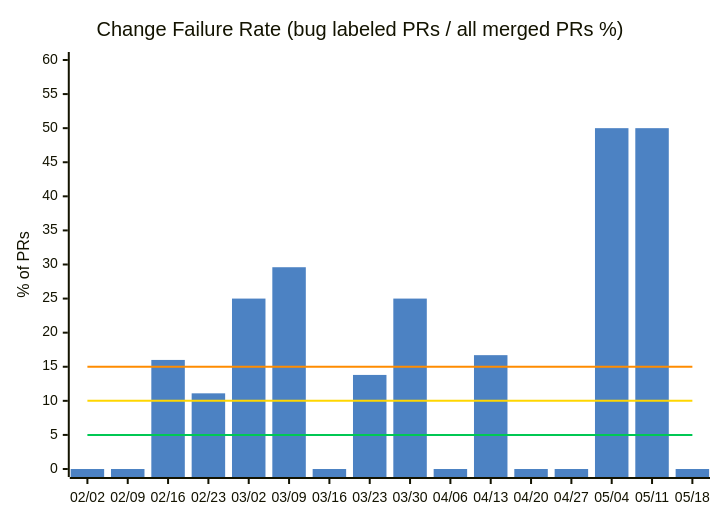
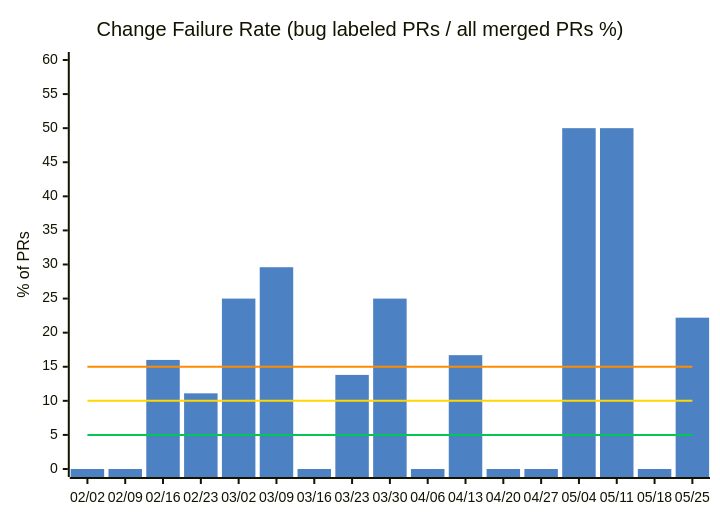
Before and after one commit to nablarch/nabledge-dev: the third of 14 diagrams in docs/metrics.md, drawn with Mermaid. The commit also changed other lines of this file and 2 other files, not shown here.

````diff
--- a/docs/metrics.md
+++ b/docs/metrics.md
@@ -61,11 +61,11 @@
 ```mermaid
 %%{init: {'theme': 'base', 'themeVariables': {'xyChart': {'plotColorPalette': '#4C82C3,#00C853,#FFD600,#FF8C00'}}}}%%
 xychart-beta
   title "Change Failure Rate (bug labeled PRs / all merged PRs %)"
-  x-axis ["02/02", "02/09", "02/16", "02/23", "03/02", "03/09", "03/16", "03/23", "03/30", "04/06", "04/13", "04/20", "04/27", "05/04", "05/11", "05/18"]
+  x-axis ["02/02", "02/09", "02/16", "02/23", "03/02", "03/09", "03/16", "03/23", "03/30", "04/06", "04/13", "04/20", "04/27", "05/04", "05/11", "05/18", "05/25"]
   y-axis "% of PRs" 0 --> 60
-  bar [0, 0, 16, 11.1, 25, 29.6, 0, 13.8, 25, 0, 16.7, 0, 0, 50, 50, 0]
-  line [5, 5, 5, 5, 5, 5, 5, 5, 5, 5, 5, 5, 5, 5, 5, 5]
-  line [10, 10, 10, 10, 10, 10, 10, 10, 10, 10, 10, 10, 10, 10, 10, 10]
-  line [15, 15, 15, 15, 15, 15, 15, 15, 15, 15, 15, 15, 15, 15, 15, 15]
+  bar [0, 0, 16, 11.1, 25, 29.6, 0, 13.8, 25, 0, 16.7, 0, 0, 50, 50, 0, 22.2]
+  line [5, 5, 5, 5, 5, 5, 5, 5, 5, 5, 5, 5, 5, 5, 5, 5, 5]
+  line [10, 10, 10, 10, 10, 10, 10, 10, 10, 10, 10, 10, 10, 10, 10, 10, 10]
+  line [15, 15, 15, 15, 15, 15, 15, 15, 15, 15, 15, 15, 15, 15, 15, 15, 15]
 ```
````
